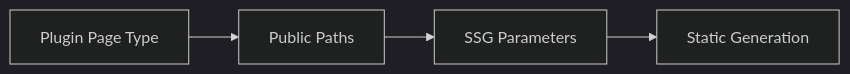
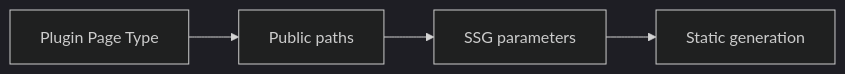
One commit to Rerurate514/riebeckite changed the seventh of 14 diagrams in docs/docs/framework/page-system.md. Above: the diagram before and after it, drawn with Mermaid (dark theme). The commit also changed other lines of this file and 604 other files, not shown here.

````diff
--- a/docs/docs/framework/page-system.md
+++ b/docs/docs/framework/page-system.md
@@ -161,11 +170,11 @@
-```mermaid id="4b2b3j"
+```mermaid
 flowchart LR
     Plugin["Plugin Page Type"]
-    Paths["Public Paths"]
-    Params["SSG Parameters"]
-    Build["Static Generation"]
+    Paths["Public paths"]
+    Params["SSG parameters"]
+    Build["Static generation"]
 
     Plugin --> Paths
     Paths --> Params
     Params --> Build
 ```
````
